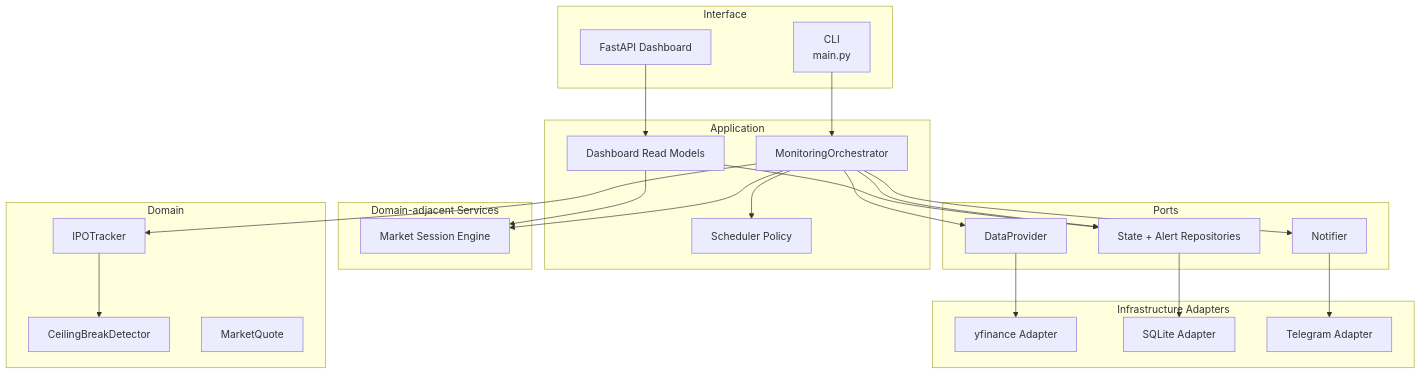
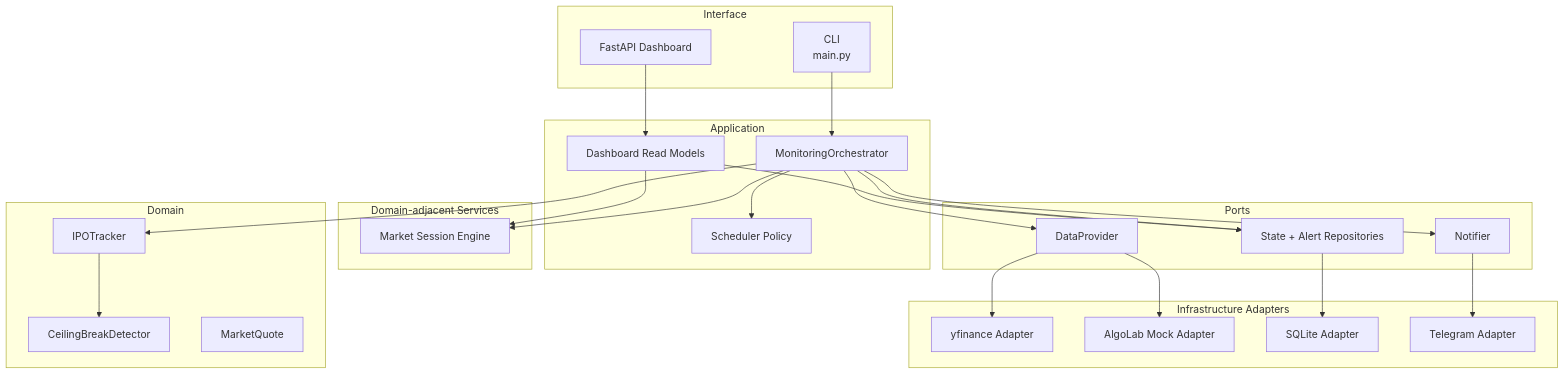
The diagram in docs/architecture.md (emreturgayie/bist-market-monitor), drawn with Mermaid before and after one commit. The commit also changed other lines of this file and 13 other files, not shown here.

Commit message:
feat: add configurable data provider architecture

````diff
--- a/docs/architecture.md
+++ b/docs/architecture.md
@@ -139,50 +141,52 @@
 ```mermaid
 flowchart TD
     subgraph Interface["Interface"]
         CLI["CLI<br/>main.py"]
         Dashboard["FastAPI Dashboard"]
     end
 
     subgraph Application["Application"]
         App["MonitoringOrchestrator"]
         ReadModels["Dashboard Read Models"]
         Scheduler["Scheduler Policy"]
     end
 
     subgraph Domain["Domain"]
         Tracker["IPOTracker"]
         Detector["CeilingBreakDetector"]
         Quote["MarketQuote"]
     end
 
     subgraph Services["Domain-adjacent Services"]
         Session["Market Session Engine"]
     end
 
     subgraph Ports["Ports"]
         DataPort["DataProvider"]
         RepoPort["State + Alert Repositories"]
         NotifyPort["Notifier"]
     end
 
     subgraph Adapters["Infrastructure Adapters"]
         YFinance["yfinance Adapter"]
+        AlgoLabMock["AlgoLab Mock Adapter"]
         SQLite["SQLite Adapter"]
         Telegram["Telegram Adapter"]
     end
 
     CLI --> App
     Dashboard --> ReadModels
     App --> Tracker
     Tracker --> Detector
     ReadModels --> Session
     ReadModels --> RepoPort
     App --> Session
     App --> Scheduler
     App --> DataPort
     App --> RepoPort
     App --> NotifyPort
     DataPort --> YFinance
     RepoPort --> SQLite
     NotifyPort --> Telegram
+    DataPort --> AlgoLabMock
 ```
````
